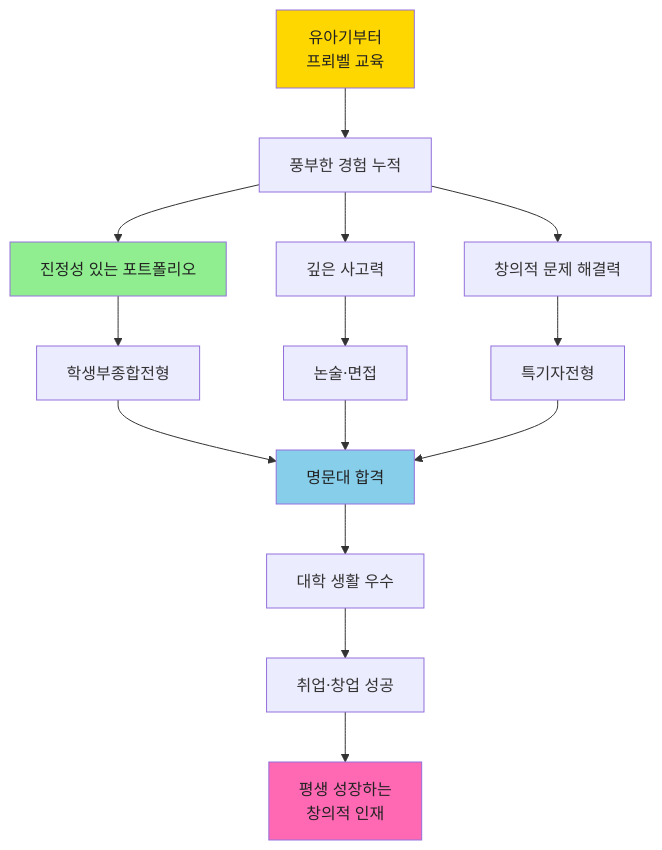
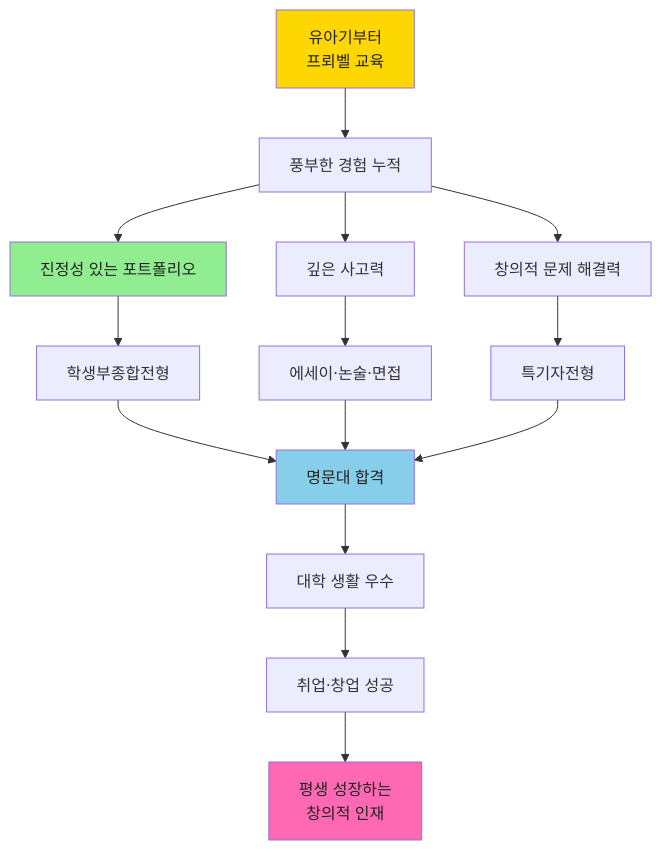
One commit to Collegenie-X/froebel changed the seventh of 34 diagrams in 3단계_프뢰벨_FAQ_핵심가치.md. Above: the diagram before and after it, drawn with Mermaid. The commit also changed other lines of this file and 2 other files, not shown here.

````diff
--- a/3단계_프뢰벨_FAQ_핵심가치.md
+++ b/3단계_프뢰벨_FAQ_핵심가치.md
@@ -352,25 +352,25 @@
 ```mermaid
 graph TD
     A[유아기부터<br/>프뢰벨 교육] --> B[풍부한 경험 누적]
     B --> C[진정성 있는 포트폴리오]
     C --> D[학생부종합전형]
     
     B --> E[깊은 사고력]
-    E --> F[논술·면접]
+    E --> F[에세이·논술·면접]
     
     B --> G[창의적 문제 해결력]
     G --> H[특기자전형]
     
     D --> I[명문대 합격]
     F --> I
     H --> I
     
     I --> J[대학 생활 우수]
     J --> K[취업·창업 성공]
     K --> L[평생 성장하는<br/>창의적 인재]
     
     style A fill:#FFD700,color:#222
     style C fill:#90EE90,color:#222
     style I fill:#87CEEB,color:#222
     style L fill:#FF69B4,color:#222
 ```
````
